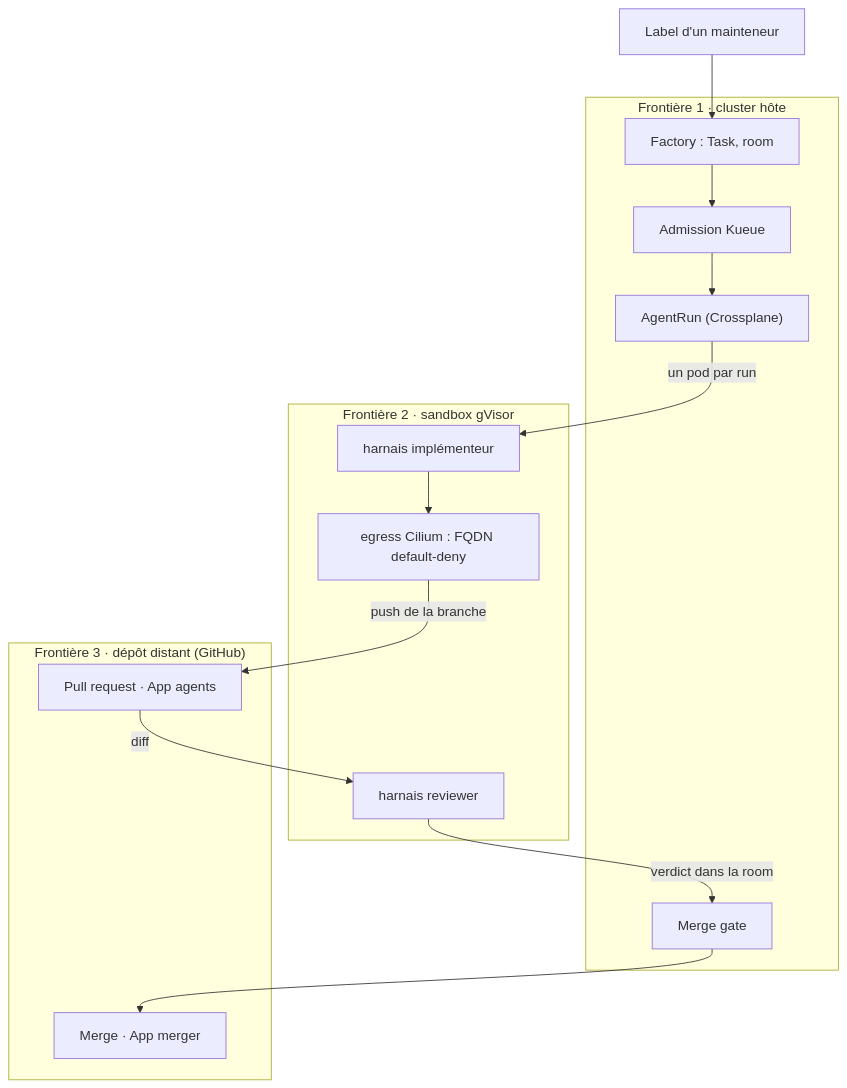
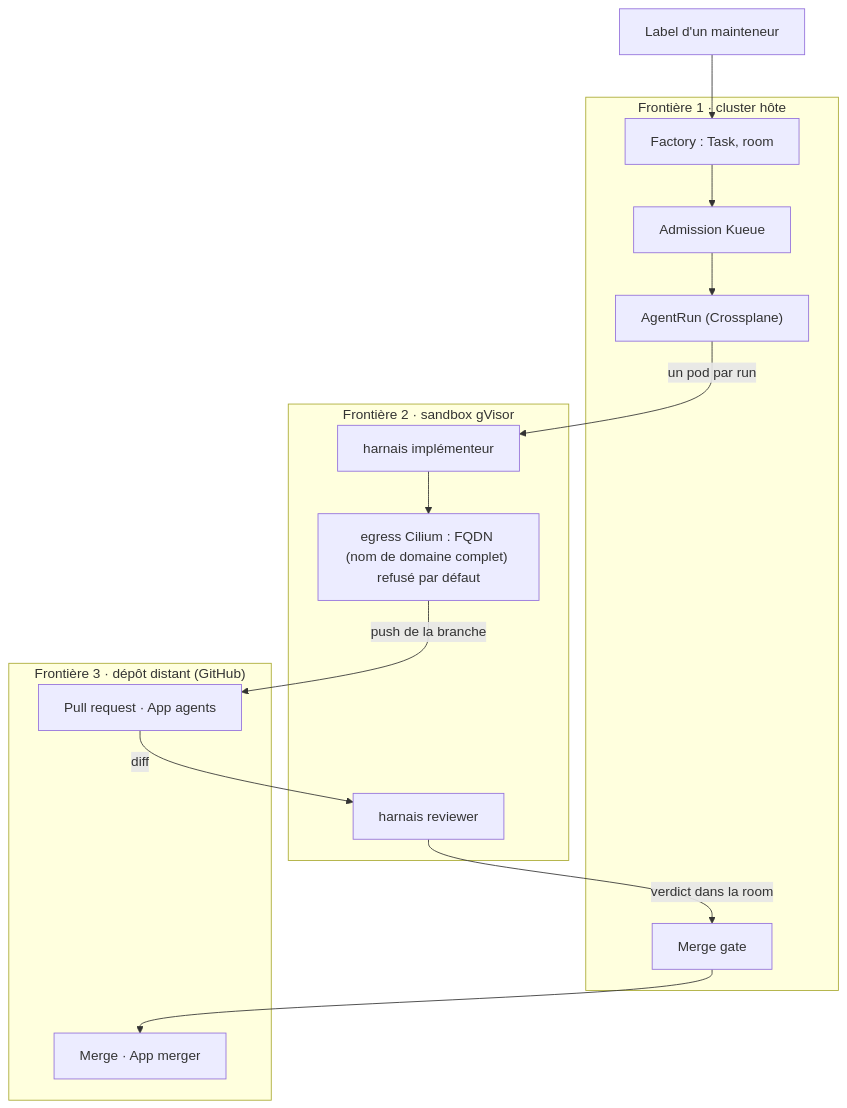
One commit to Smana/smana.github.io changed the fifth of 5 diagrams in content/fr/post/series/agentic_ai/cloud-native-agent-factory/index.md. Above: the diagram before and after it, drawn with Mermaid. The commit also changed other lines of this file and 2 other files, not shown here.

````diff
--- a/content/fr/post/series/agentic_ai/cloud-native-agent-factory/index.md
+++ b/content/fr/post/series/agentic_ai/cloud-native-agent-factory/index.md
@@ -186,27 +186,27 @@
 ```mermaid
 flowchart TB
   subgraph HOST["Frontière 1 · cluster hôte"]
     F["Factory : Task, room"]
     KQ["Admission Kueue"]
     AR["AgentRun (Crossplane)"]
     GT["Merge gate"]
   end
   subgraph SBX["Frontière 2 · sandbox gVisor"]
     HI["harnais implémenteur"]
-    EG["egress Cilium : FQDN default-deny"]
+    EG["egress Cilium : FQDN (nom de domaine complet) refusé par défaut"]
     HR["harnais reviewer"]
   end
   subgraph REM["Frontière 3 · dépôt distant (GitHub)"]
     PR["Pull request · App agents"]
     MG["Merge · App merger"]
   end
   L["Label d'un mainteneur"] --> F
   F --> KQ
   KQ --> AR
   AR -->|"un pod par run"| HI
   HI --> EG
   EG -->|"push de la branche"| PR
   PR -->|"diff"| HR
   HR -->|"verdict dans la room"| GT
   GT --> MG
 ```
````
